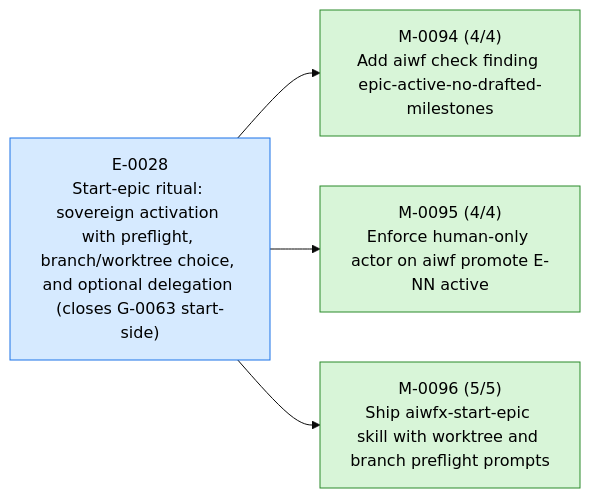
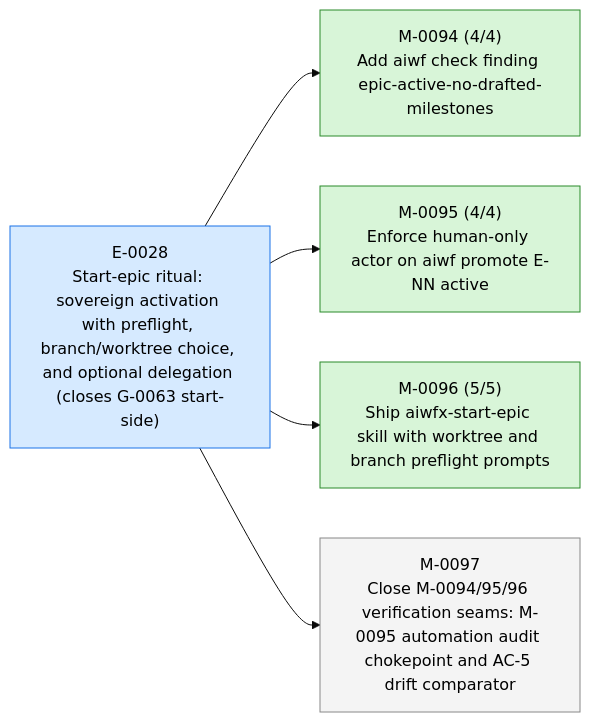
Before and after one commit to 23min/aiwf: the first of 3 diagrams in STATUS.md, drawn with Mermaid (base theme). The commit also changed other lines of this file and 1 other file, not shown here.

First line of the commit message:
aiwf add milestone M-0097 "Close M-0094/95/96 verification seams: M-0095 automation audit chokepoint and AC-5 drift comparator"

````diff
--- a/STATUS.md
+++ b/STATUS.md
@@ -15,16 +16,18 @@
 ```mermaid
 flowchart LR
   E_0028["E-0028<br/>Start-epic ritual: sovereign activation with preflight, branch/worktree choice, and optional delegation (closes G-0063 start-side)"]:::epic_active
   M_0094["M-0094 (4/4)<br/>Add aiwf check finding epic-active-no-drafted-milestones"]:::ms_done
   E_0028 --> M_0094
   M_0095["M-0095 (4/4)<br/>Enforce human-only actor on aiwf promote E-NN active"]:::ms_done
   E_0028 --> M_0095
   M_0096["M-0096 (5/5)<br/>Ship aiwfx-start-epic skill with worktree and branch preflight prompts"]:::ms_done
   E_0028 --> M_0096
+  M_0097["M-0097<br/>Close M-0094/95/96 verification seams: M-0095 automation audit chokepoint and AC-5 drift comparator"]:::ms_draft
+  E_0028 --> M_0097
   classDef epic_active fill:#d6eaff,stroke:#1a73e8,color:#000
   classDef epic_proposed fill:#f4f4f4,stroke:#888,color:#000
   classDef ms_done fill:#d8f5d8,stroke:#2a8a2a,color:#000
   classDef ms_in_progress fill:#fff3c4,stroke:#caa400,color:#000
   classDef ms_draft fill:#f4f4f4,stroke:#888,color:#000
   classDef ms_cancelled fill:#fbeaea,stroke:#c33,color:#000
 ```
````
